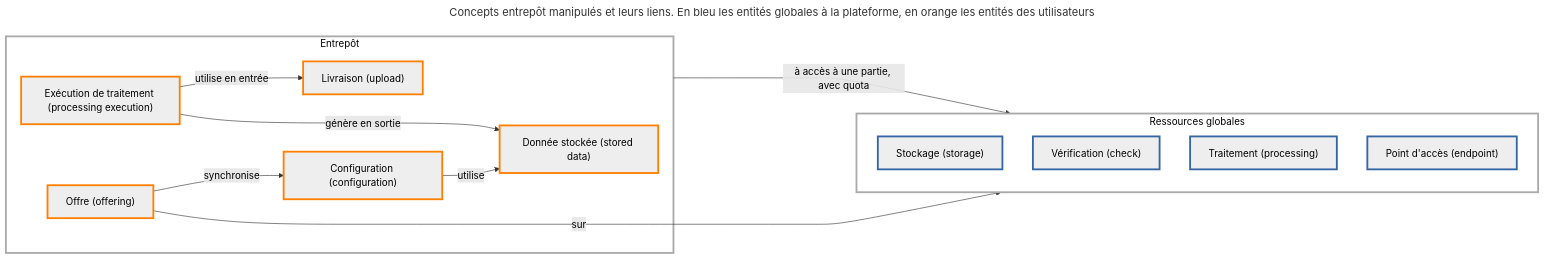
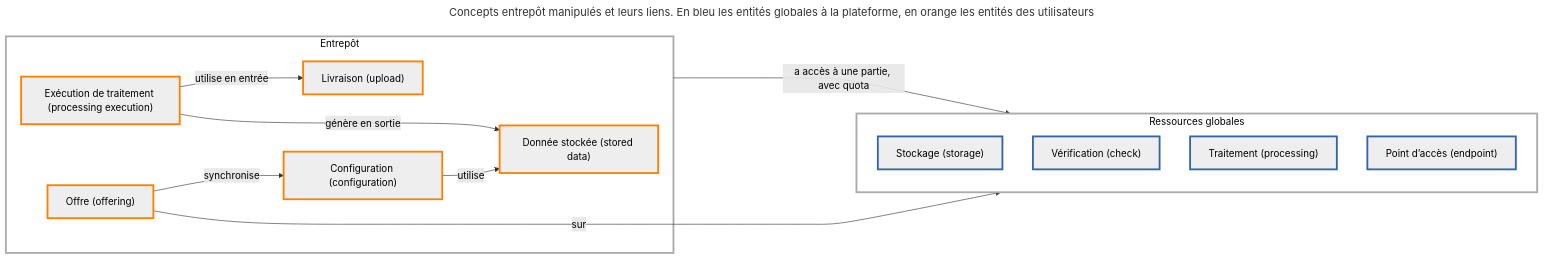
One commit to IGNF/cartes.gouv.fr-documentation changed the second of 2 diagrams in content/fr/guides-developpeur/tutoriels/gestion-des-donnees-raster/alimentation-diffusion-raster.md. Above: the diagram before and after it, drawn with Mermaid. The commit also changed other lines of this file and 205 other files, not shown here.

````diff
--- a/content/fr/guides-developpeur/tutoriels/gestion-des-donnees-raster/alimentation-diffusion-raster.md
+++ b/content/fr/guides-developpeur/tutoriels/gestion-des-donnees-raster/alimentation-diffusion-raster.md
@@ -62,47 +63,47 @@
 ```mermaid
 ---
 title: Concepts entrepôt manipulés et leurs liens. En bleu les entités globales à la plateforme, en orange les entités des utilisateurs
 ---
 flowchart LR
 
 	subgraph glo[Ressources globales]
 
     direction TB
 
         sto["Stockage (storage)"]
         chec["Vérification (check)"]
         proc["Traitement (processing)"]
-        endp["Point d'accès (endpoint)"]
+        endp["Point d’accès (endpoint)"]
     end
 
 	subgraph dat[Entrepôt]
         upl["Livraison (upload)"]
         exe["Exécution de traitement (processing execution)"]
         sd["Donnée stockée (stored data)"]
         con["Configuration (configuration)"]
         off["Offre (offering)"]
 	end
 
-    dat -- à accès à une partie, avec quota ----> glo
+    dat -- a accès à une partie, avec quota ----> glo
 
     exe -- utilise en entrée --> upl
     exe -- génère en sortie --> sd
     con -- utilise --> sd
     off -- synchronise --> con
     off -- sur --> endp
 
     classDef group fill:#fff,stroke:#aaa,stroke-width:3px,color:#000;
     classDef indiv fill:#eee,stroke:#ff8000,stroke-width:3px,color:#000;
 	classDef global fill:#eee,stroke:#3465a4,stroke-width:3px,color:#000;
 
     class dat,glo group
     class upl,sd,exe,con,off indiv
     class sto,chec,proc,endp global
 
     linkStyle 0 color:#000
     linkStyle 1 color:#000
     linkStyle 2 color:#000
     linkStyle 3 color:#000
     linkStyle 4 color:#000
     linkStyle 5 color:#000
 ```
````
